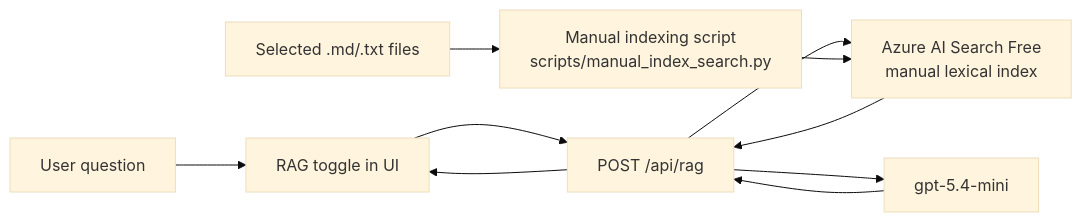
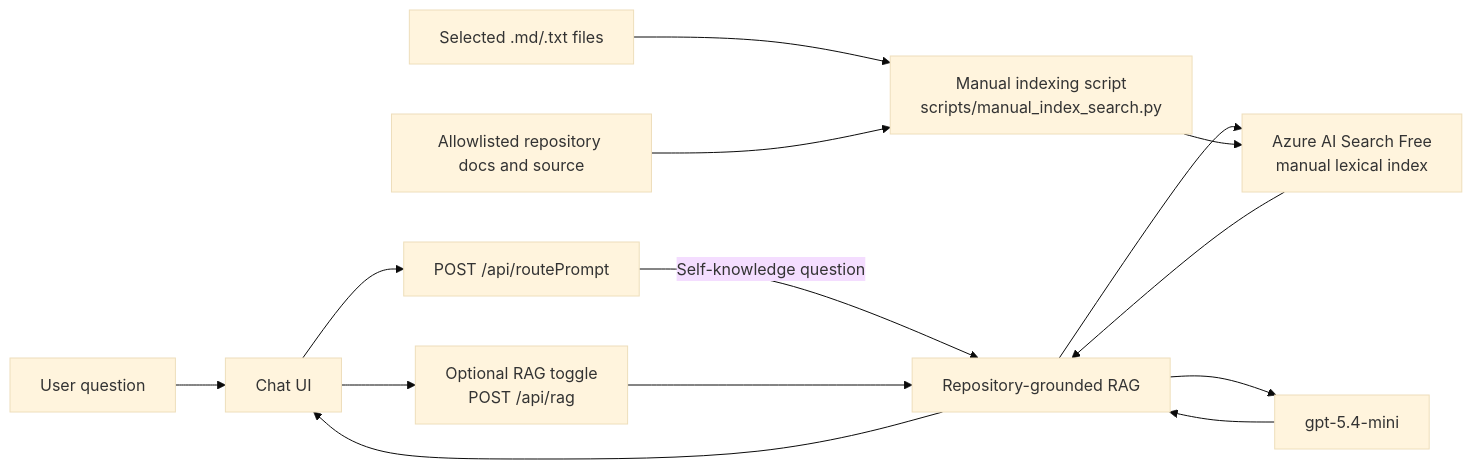
The fourth of 5 diagrams in SOLUTION_ARCHITECTURE.md (dilgamme/ms-tech-demo1), drawn with Mermaid (base theme) before and after one commit. The commit also changed other lines of this file and 11 other files, not shown here.

Commit message:
Add repository-grounded self knowledge

````diff
--- a/SOLUTION_ARCHITECTURE.md
+++ b/SOLUTION_ARCHITECTURE.md
@@ -393,12 +393,16 @@
 ```mermaid
 flowchart LR
-    User[User question] --> UI[RAG toggle in UI]
-    UI --> API[POST /api/rag]
+    User[User question] --> UI[Chat UI]
+    UI --> Explicit[Optional RAG toggle<br/>POST /api/rag]
+    UI --> Router[POST /api/routePrompt]
+    Router -->|Self-knowledge question| API[Repository-grounded RAG]
+    Explicit --> API
     API --> Search[Azure AI Search Free<br/>manual lexical index]
     Manual[Manual indexing script<br/>scripts/manual_index_search.py] --> Search
     Docs[Selected .md/.txt files] --> Manual
+    Repo[Allowlisted repository docs and source] --> Manual
     Search --> API
     API --> Mini[gpt-5.4-mini]
     Mini --> API
     API --> UI
 ```
````
